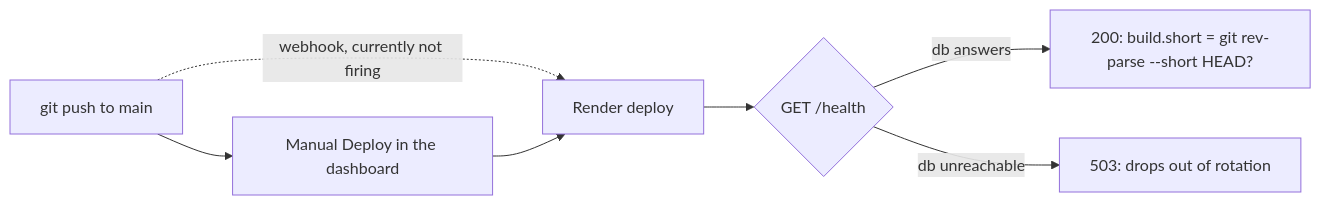
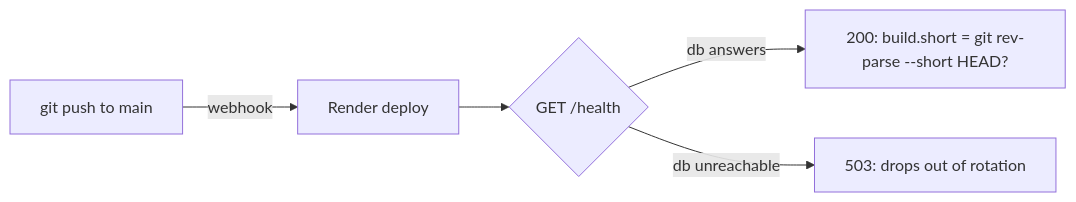
The tenth of 10 diagrams in README.md (samprith02/VidyaERP), drawn with Mermaid before and after one commit. The commit also changed other lines of this file and 1 other file, not shown here.

First line of the commit message:
Docs: Render auto-deploy fixed; the cause was GitHub-side access for the Render app (#15)

````diff
--- a/README.md
+++ b/README.md
@@ -1366,9 +1365,7 @@
 ```mermaid
 flowchart LR
-  GH[git push to main] -. webhook, currently not firing .-> RD[Render deploy]
-  GH --> MD[Manual Deploy in the dashboard]
-  MD --> RD
+  GH[git push to main] -- webhook --> RD[Render deploy]
   RD --> HC{GET /health}
   HC -->|db answers| OK[200: build.short = git rev-parse --short HEAD?]
   HC -->|db unreachable| BAD[503: drops out of rotation]
 ```
````
